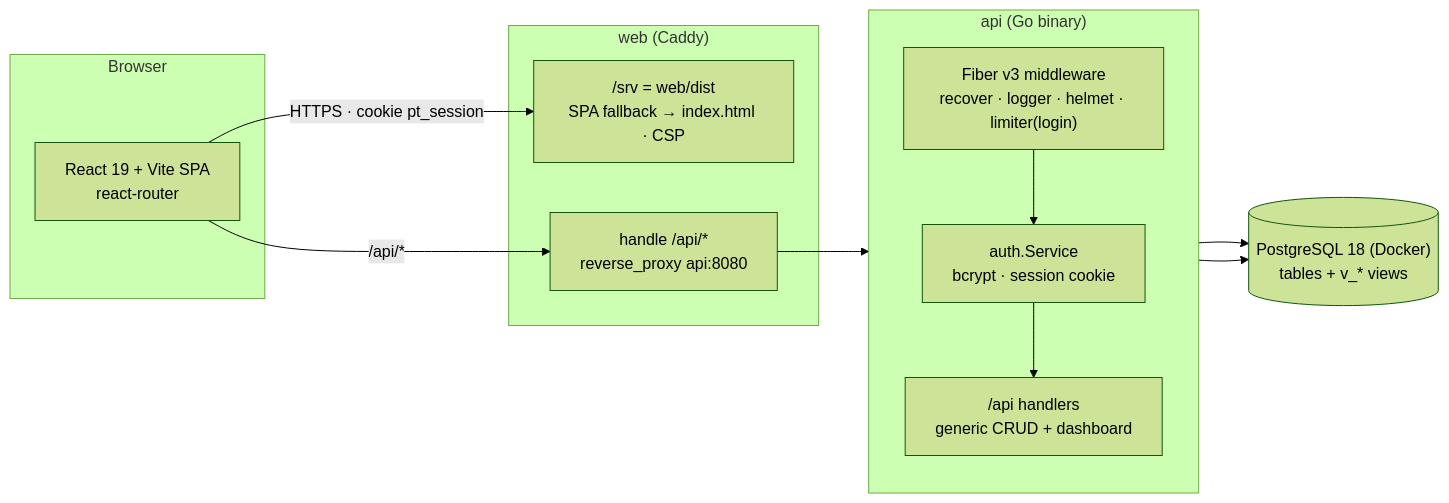
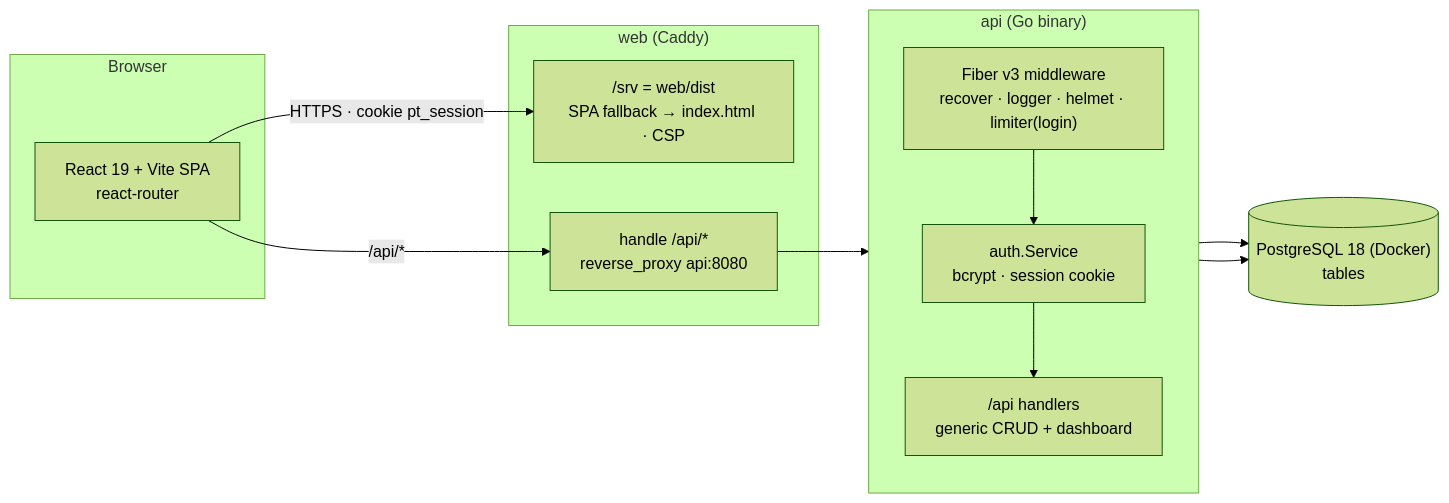
The first of 2 diagrams in docs/04-system-design.md (watcharaY/portfolio-tracker), drawn with Mermaid (forest theme) before and after one commit. The commit also changed other lines of this file and 3 other files, not shown here.

First line of the commit message:
docs: put system design, user journey and ER diagram in the README

````diff
--- a/docs/04-system-design.md
+++ b/docs/04-system-design.md
@@ -14,22 +14,22 @@
 ```mermaid
 flowchart LR
     subgraph Browser
         SPA["React 19 + Vite SPA<br/>react-router"]
     end
     subgraph "web (Caddy)"
         STATIC["/srv = web/dist<br/>SPA fallback → index.html · CSP"]
         PROXY["handle /api/*<br/>reverse_proxy api:8080"]
     end
     subgraph "api (Go binary)"
         direction TB
         MW["Fiber v3 middleware<br/>recover · logger · helmet · limiter(login)"]
         AUTH["auth.Service<br/>bcrypt · session cookie"]
         API["/api handlers<br/>generic CRUD + dashboard"]
         MW --> AUTH --> API
     end
-    DB[("PostgreSQL 18 (Docker)<br/>tables + v_* views")]
+    DB[("PostgreSQL 18 (Docker)<br/>tables")]
     SPA -- "HTTPS · cookie pt_session" --> STATIC
     SPA -- "/api/*" --> PROXY --> MW
     API --> DB
     AUTH --> DB
 ```
````
